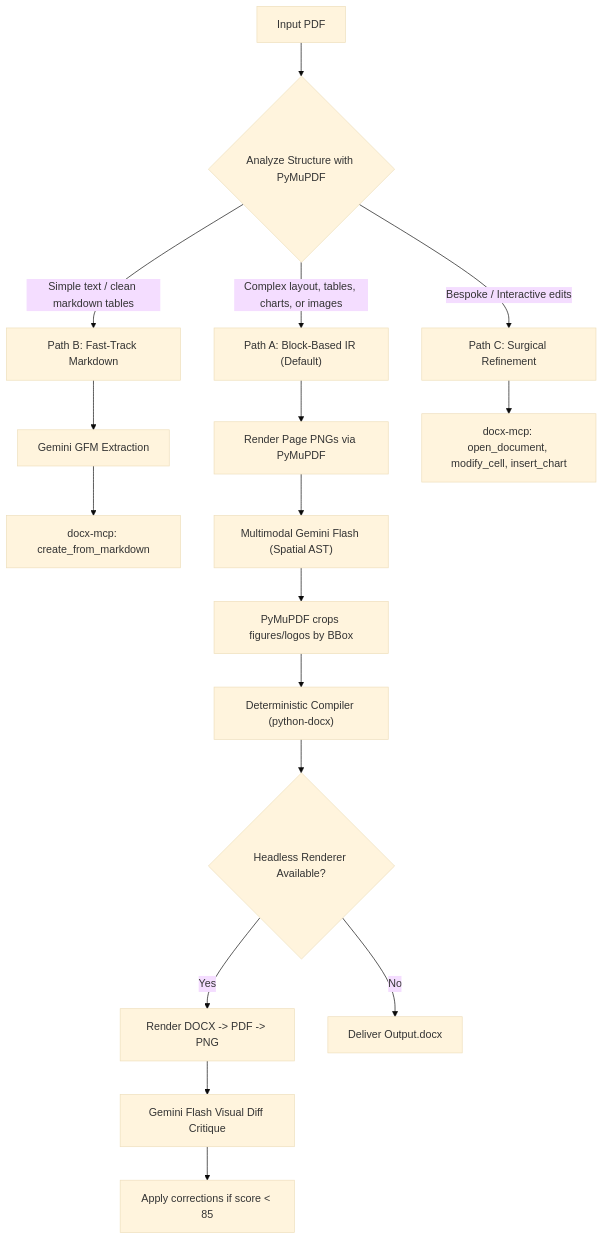
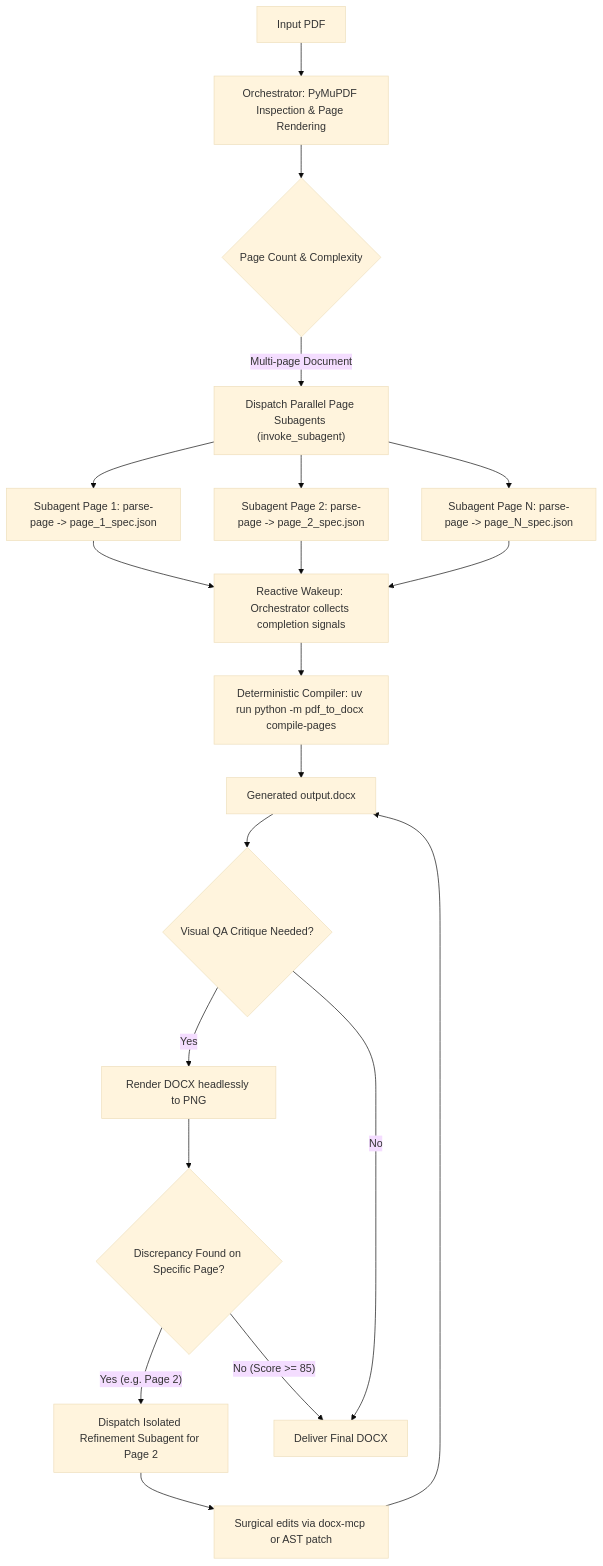
Before and after one commit to zbear0808/pdf-to-docx: the diagram in .agents/skills/pdf-to-docx/references/workflow_playbook.md, drawn with Mermaid (base theme). The commit also changed other lines of this file and 14 other files, not shown here.

````diff
--- a/.agents/skills/pdf-to-docx/references/workflow_playbook.md
+++ b/.agents/skills/pdf-to-docx/references/workflow_playbook.md
@@ -19,21 +19,26 @@
 ```mermaid
 flowchart TD
-    A["Input PDF"] --> B{"Analyze Structure with PyMuPDF"}
-    B -->|"Simple text / clean markdown tables"| C["Path B: Fast-Track Markdown"]
-    C --> D["Gemini GFM Extraction"]
-    D --> E["docx-mcp: create_from_markdown"]
+    A["Input PDF"] --> B["Orchestrator: PyMuPDF Inspection & Page Rendering"]
+    B --> C{"Page Count & Complexity"}
     
-    B -->|"Complex layout, tables, charts, or images"| F["Path A: Block-Based IR (Default)"]
-    F --> G["Render Page PNGs via PyMuPDF"]
-    G --> H["Multimodal Gemini Flash (Spatial AST)"]
-    H --> I["PyMuPDF crops figures/logos by BBox"]
-    I --> J["Deterministic Compiler (python-docx)"]
-    J --> K{"Headless Renderer Available?"}
-    K -->|"Yes"| L["Render DOCX -> PDF -> PNG"]
-    L --> M["Gemini Flash Visual Diff Critique"]
-    M --> N["Apply corrections if score < 85"]
-    K -->|"No"| O["Deliver Output.docx"]
+    C -->|"Multi-page Document"| D["Dispatch Parallel Page Subagents (invoke_subagent)"]
+    D --> E1["Subagent Page 1: parse-page -> page_1_spec.json"]
+    D --> E2["Subagent Page 2: parse-page -> page_2_spec.json"]
+    D --> EN["Subagent Page N: parse-page -> page_N_spec.json"]
     
-    B -->|"Bespoke / Interactive edits"| P["Path C: Surgical Refinement"]
-    P --> Q["docx-mcp: open_document, modify_cell, insert_chart"]
+    E1 --> F["Reactive Wakeup: Orchestrator collects completion signals"]
+    E2 --> F
+    EN --> F
+    
+    F --> G["Deterministic Compiler: uv run python -m pdf_to_docx compile-pages"]
+    G --> H["Generated output.docx"]
+    
+    H --> I{"Visual QA Critique Needed?"}
+    I -->|"Yes"| J["Render DOCX headlessly to PNG"]
+    J --> K{"Discrepancy Found on Specific Page?"}
+    K -->|"Yes (e.g. Page 2)"| L["Dispatch Isolated Refinement Subagent for Page 2"]
+    L --> M["Surgical edits via docx-mcp or AST patch"]
+    M --> H
+    K -->|"No (Score >= 85)"| N["Deliver Final DOCX"]
+    I -->|"No"| N
 ```
````
